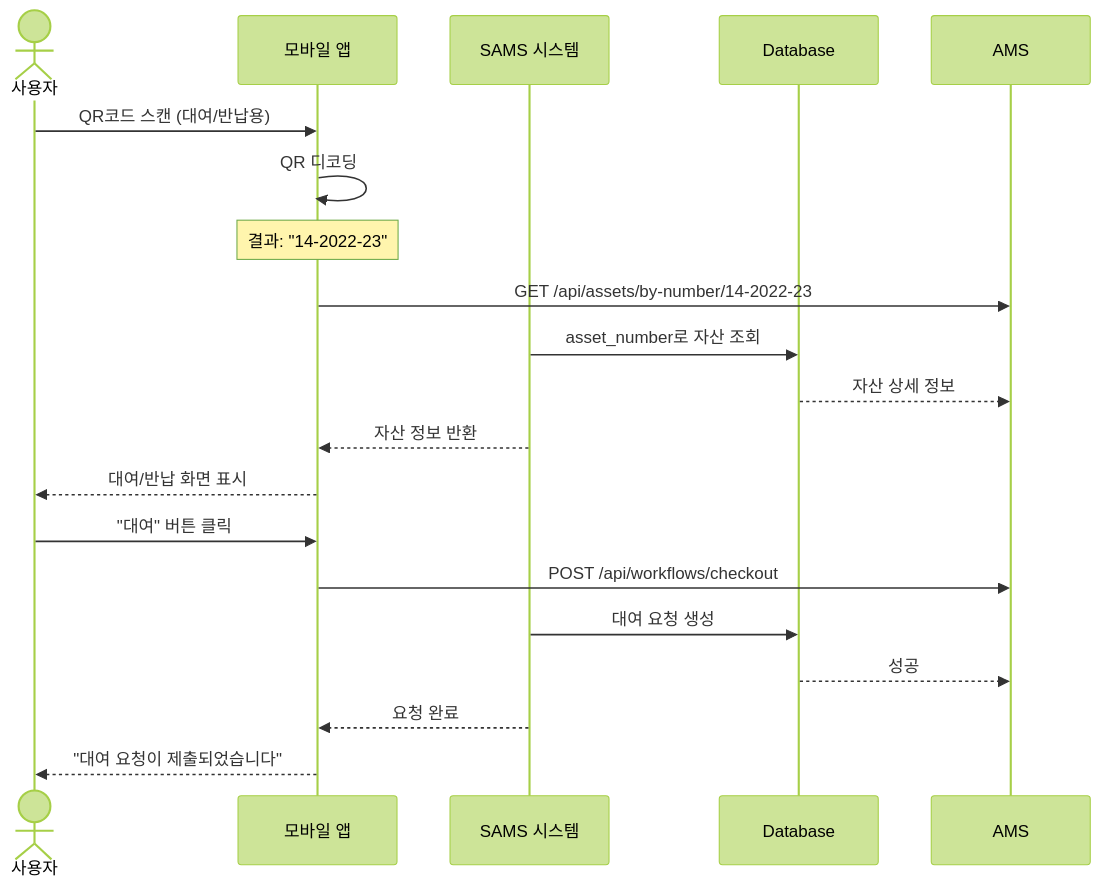
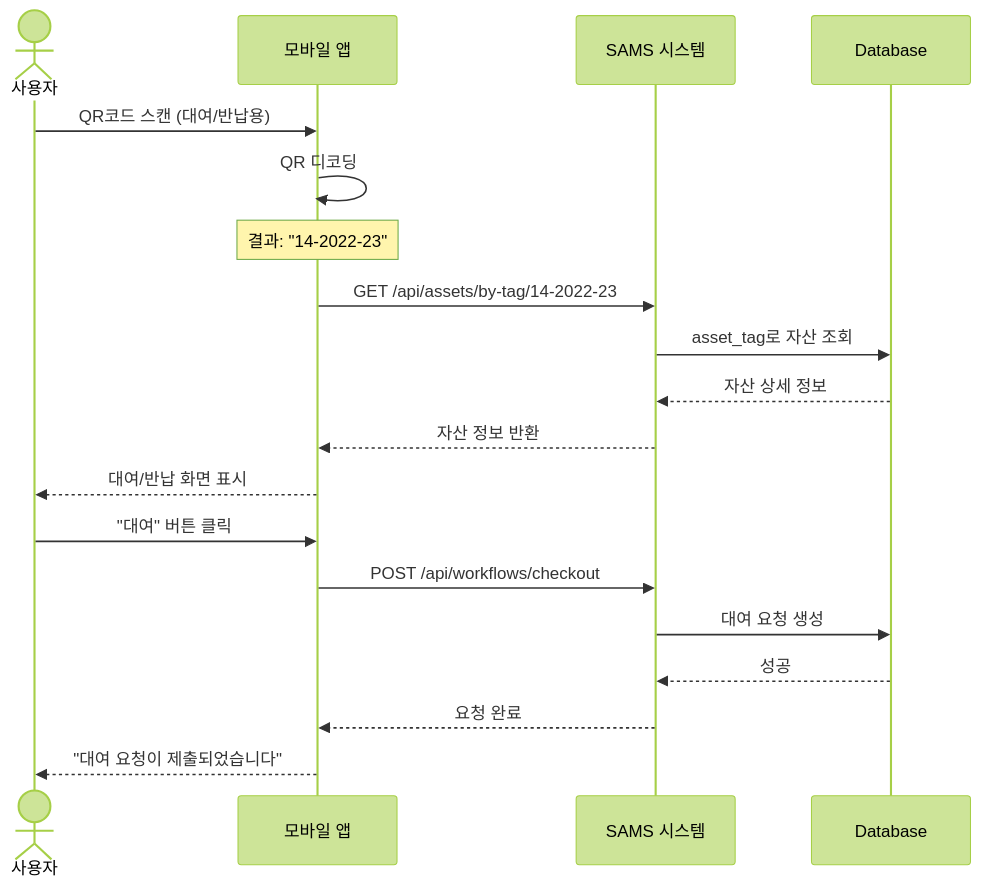
Before and after one commit to SuresoftTechnologies/sams: the fifth of 5 diagrams in docs/architecture/01-system-context.md, drawn with Mermaid (forest theme). The commit also changed 4 other files, not shown here.

First line of the commit message:
📝 docs: update architecture docs to reflect actual schema

````diff
--- a/docs/architecture/01-system-context.md
+++ b/docs/architecture/01-system-context.md
@@ -200,23 +200,23 @@
 ```mermaid
 sequenceDiagram
     actor User as 사용자
     participant Mobile as 모바일 앱
     participant SAMS as SAMS 시스템
     participant DB as Database
 
     User->>Mobile: QR코드 스캔 (대여/반납용)
     Mobile->>Mobile: QR 디코딩
     Note over Mobile: 결과: "14-2022-23"
-    Mobile->>AMS: GET /api/assets/by-number/14-2022-23
-    SAMS->>DB: asset_number로 자산 조회
-    DB-->>AMS: 자산 상세 정보
+    Mobile->>SAMS: GET /api/assets/by-tag/14-2022-23
+    SAMS->>DB: asset_tag로 자산 조회
+    DB-->>SAMS: 자산 상세 정보
     SAMS-->>Mobile: 자산 정보 반환
     Mobile-->>User: 대여/반납 화면 표시
     
     User->>Mobile: "대여" 버튼 클릭
-    Mobile->>AMS: POST /api/workflows/checkout
+    Mobile->>SAMS: POST /api/workflows/checkout
     SAMS->>DB: 대여 요청 생성
-    DB-->>AMS: 성공
+    DB-->>SAMS: 성공
     SAMS-->>Mobile: 요청 완료
     Mobile-->>User: "대여 요청이 제출되었습니다"
 ```
````
